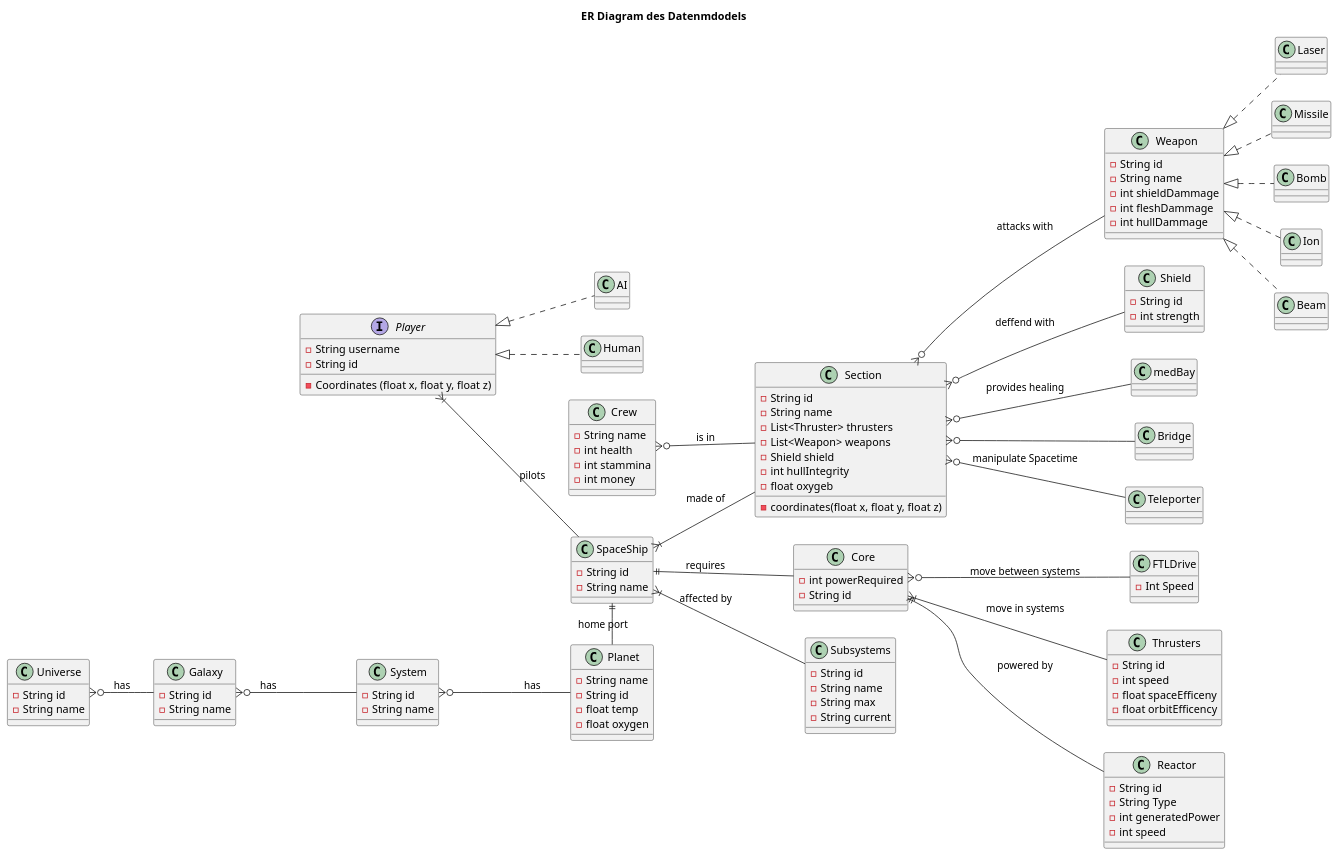
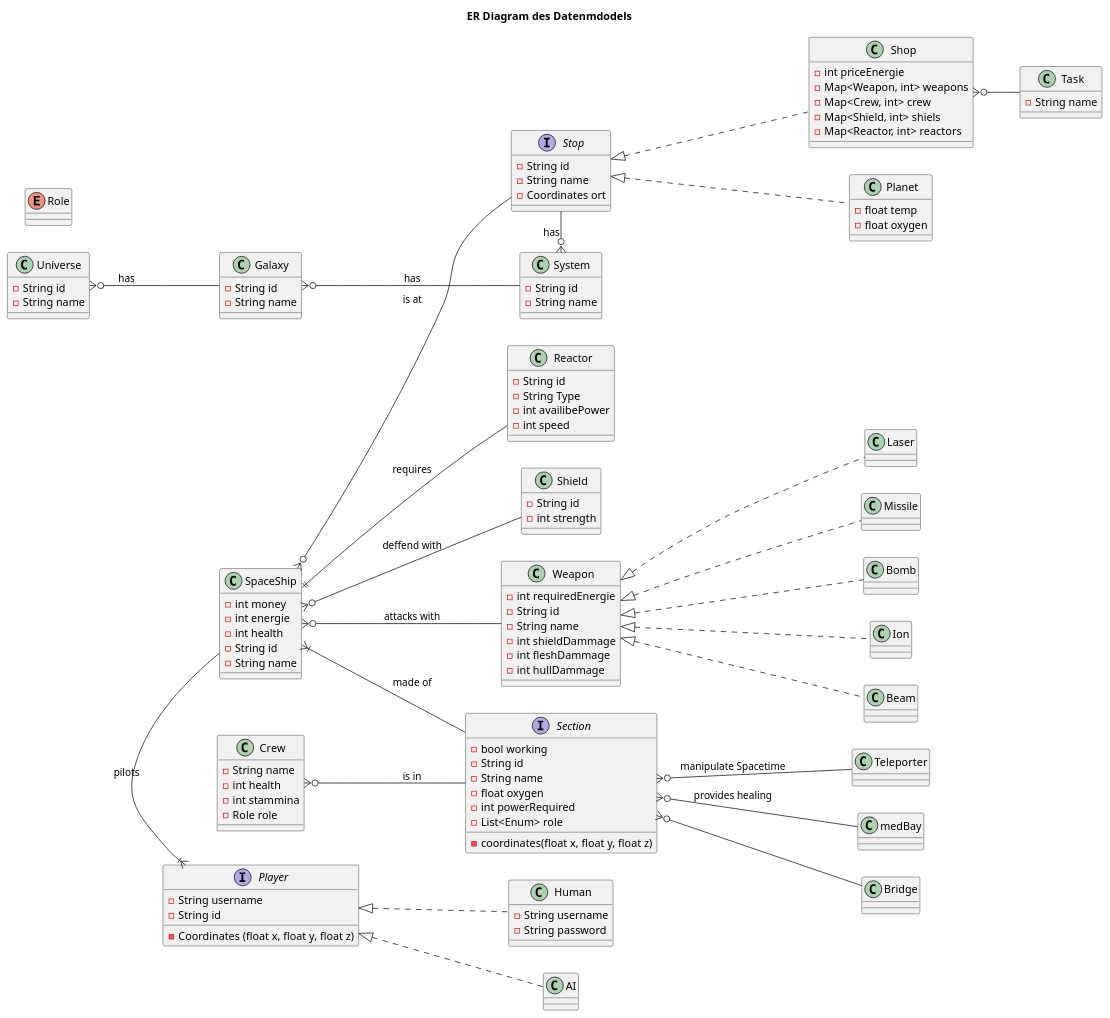
The second of 3 diagrams in docs/model.org (ksreyr/SpaceStudio), drawn with PlantUML before and after one commit. The commit also changed other lines of this file and 5 other files, not shown here.

```diff
--- a/docs/model.org
+++ b/docs/model.org
@@ -21,32 +21,31 @@
 left to right direction
 skinparam shadowing false
 
+enum Role
+
 class SpaceShip {
+  - int money
+  - int energie
+  - int health
   - String id
   - String name
 }
 
-class Core {
-  - int powerRequired
-  - String id
-}
 
 class Reactor {
   - String id
   - String Type
-  - int generatedPower
+  - int availibePower
   - int speed
 }
 
-class FTLDrive {
-  - Int Speed
-}
 
-class Subsystems {
-  - String id
-  - String name
-  - String max
-  - String current
+class Shop {
+  - int priceEnergie
+  - Map<Weapon, int> weapons
+  - Map<Crew, int> crew
+  - Map<Shield, int> shiels
+  - Map<Reactor, int> reactors
 }
 
 class Shield {
@@ -54,29 +53,23 @@
    - int strength
 }
 
-class Section {
+interface Section {
+  - bool working
   - String id
   - String name
-  - List<Thruster> thrusters
-  - List<Weapon> weapons
-  - Shield shield
-  - int hullIntegrity
-  - float oxygeb
+  - float oxygen
   - coordinates(float x, float y, float z)
+  - int powerRequired
+  - List<Enum> role
 }
 
 class medBay
 class Bridge
 class Teleporter
 
-class Thrusters {
-  - String id
-  - int speed
-  - float spaceEfficeny
-  - float orbitEfficency
-}
 
 class Weapon {
+  - int requiredEnergie
   - String id
   - String name
   - int shieldDammage
@@ -95,10 +88,9 @@
   - String name
   - int health
   - int stammina
-  - int money
+  - Role role
 
 }
-
 
 
 interface Player {
@@ -109,7 +101,10 @@
 
 class AI
 
-class Human
+class Human {
+   - String username
+   - String password
+}
 
 class Universe {
    - String id
@@ -127,32 +122,42 @@
 }
 
 class Planet {
-   - String name
-   - String id
    - float temp
    - float oxygen
+}
+
+interface Stop {
+   - String id
+   - String name
+   - Coordinates ort
+}
+
+class Task {
+  - String name
 }
 
 
 Universe }o-- Galaxy: has
 Galaxy }o-- System: has
-System }o-- Planet: has
-SpaceShip ||-right- Planet : home port
+System }o-left- Stop: has
 
-Player }|-- SpaceShip: pilots
+Stop <|.. Planet
+Stop <|.. Shop
+
+Shop }o-- Task
+
+SpaceShip }o-- Stop : is at
+
+Player }|-left- SpaceShip: pilots
 Player <|.. AI
 Player <|.. Human
 
-SpaceShip }|-- Subsystems: affected by
 SpaceShip }|-- Section: made of
-SpaceShip ||-- Core: requires
+SpaceShip ||-- Reactor: requires
+SpaceShip }o-- Shield: deffend with
+SpaceShip }o-- Weapon: attacks with
 
-Core }|-- Thrusters: move in systems
-Core }o-- FTLDrive: move between systems
-Core ||-- Reactor: powered by
 
-Section }o-- Weapon: attacks with
-Section }o-- Shield: deffend with
 Section }o-- medBay: provides healing
 Section }o-- Bridge
 Section }o-- Teleporter: manipulate Spacetime
```
